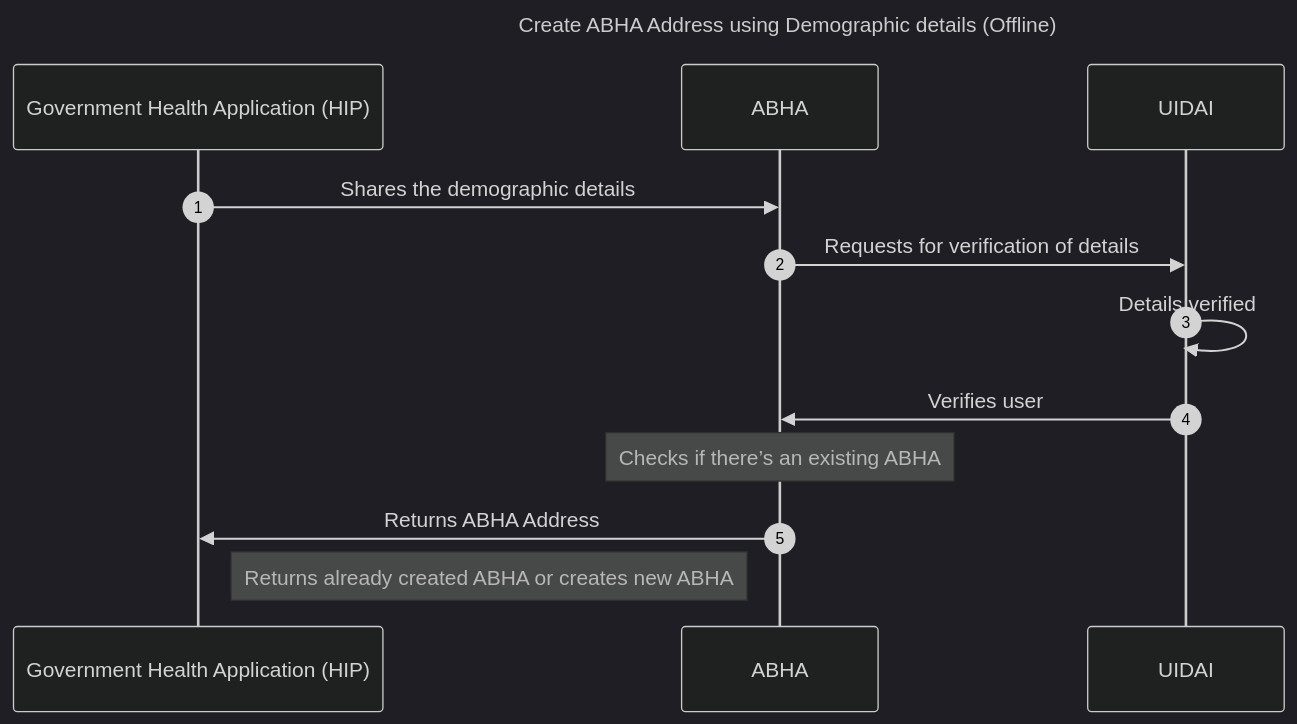
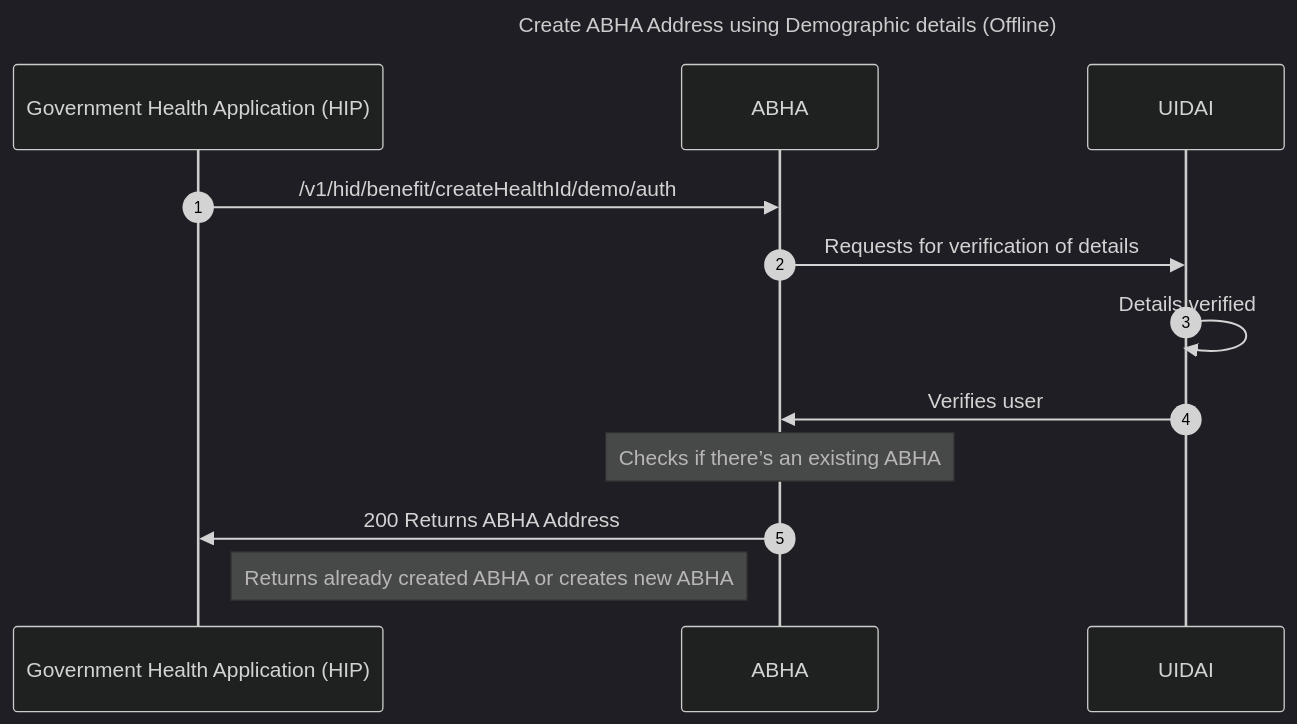
Before and after one commit to kiranma72/abdm-docs: the diagram in content/2-milestone1/abha-number/aadhar-demographic.md, drawn with Mermaid (dark theme). The commit also changed other lines of this file and 5 other files, not shown here.

```diff
--- a/content/2-milestone1/abha-number/aadhar-demographic.md
+++ b/content/2-milestone1/abha-number/aadhar-demographic.md
@@ -55,12 +56,12 @@
 {{< mermaid >}}
 %%{init:{"fontSize": "1.0rem", "sequence":{"showSequenceNumbers":true}}}%%
 sequenceDiagram
 title Create ABHA Address using Demographic details (Offline)
-Government Health Application (HIP)->>ABHA:Shares the demographic details
+Government Health Application (HIP)->>ABHA:/v1/hid/benefit/createHealthId/demo/auth
 ABHA->>UIDAI:Requests for verification of details
 UIDAI->>UIDAI:Details verified
 UIDAI->>ABHA:Verifies user
 Note over ABHA:Checks if there’s an existing ABHA
-ABHA->>Government Health Application (HIP): Returns ABHA Address
+ABHA->>Government Health Application (HIP): 200 Returns ABHA Address
 Note right of Government Health Application (HIP):Returns already created ABHA or creates new ABHA
 {{< /mermaid >}}
```
